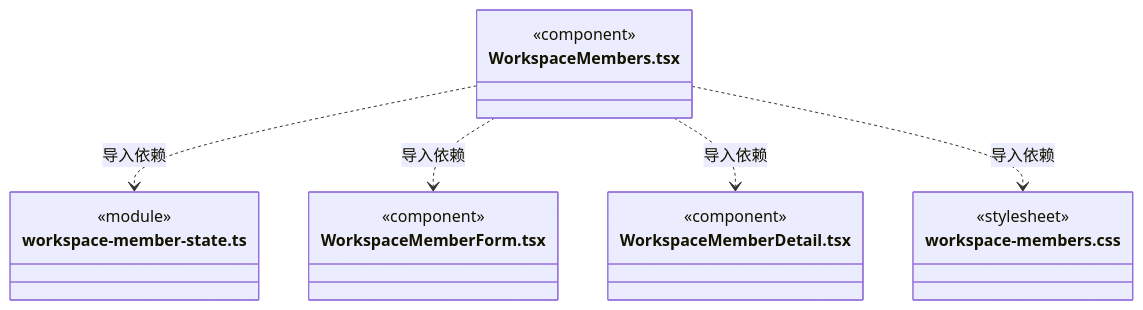
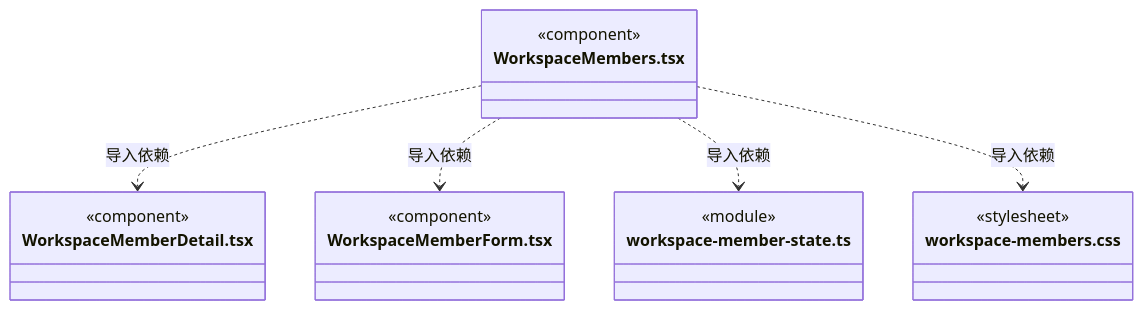
Before and after one commit to nan023062/cbim: diagram 29 of 29 in src/view/team/ARCHITECTURE.md, drawn with Mermaid. The commit also changed other lines of this file and 112 other files, not shown here.

Commit message:
docs: align source architecture with current declarations and contracts

````diff
--- a/src/view/team/ARCHITECTURE.md
+++ b/src/view/team/ARCHITECTURE.md
@@ -663,22 +663,22 @@
 ```mermaid
 classDiagram
 class N_src_view_team_WorkspaceMembers_tsx["WorkspaceMembers.tsx"] {
   <<component>>
 }
-class N_src_view_team_workspace_member_state_ts["workspace-member-state.ts"] {
-  <<module>>
+class N_src_view_team_WorkspaceMemberDetail_tsx["WorkspaceMemberDetail.tsx"] {
+  <<component>>
 }
 class N_src_view_team_WorkspaceMemberForm_tsx["WorkspaceMemberForm.tsx"] {
   <<component>>
 }
-class N_src_view_team_WorkspaceMemberDetail_tsx["WorkspaceMemberDetail.tsx"] {
-  <<component>>
+class N_src_view_team_workspace_member_state_ts["workspace-member-state.ts"] {
+  <<module>>
 }
 class N_src_view_team_workspace_members_css["workspace-members.css"] {
   <<stylesheet>>
 }
+N_src_view_team_WorkspaceMembers_tsx ..> N_src_view_team_WorkspaceMemberDetail_tsx : 导入依赖
+N_src_view_team_WorkspaceMembers_tsx ..> N_src_view_team_WorkspaceMemberForm_tsx : 导入依赖
 N_src_view_team_WorkspaceMembers_tsx ..> N_src_view_team_workspace_member_state_ts : 导入依赖
-N_src_view_team_WorkspaceMembers_tsx ..> N_src_view_team_WorkspaceMemberForm_tsx : 导入依赖
-N_src_view_team_WorkspaceMembers_tsx ..> N_src_view_team_WorkspaceMemberDetail_tsx : 导入依赖
 N_src_view_team_WorkspaceMembers_tsx ..> N_src_view_team_workspace_members_css : 导入依赖
 ```
````
